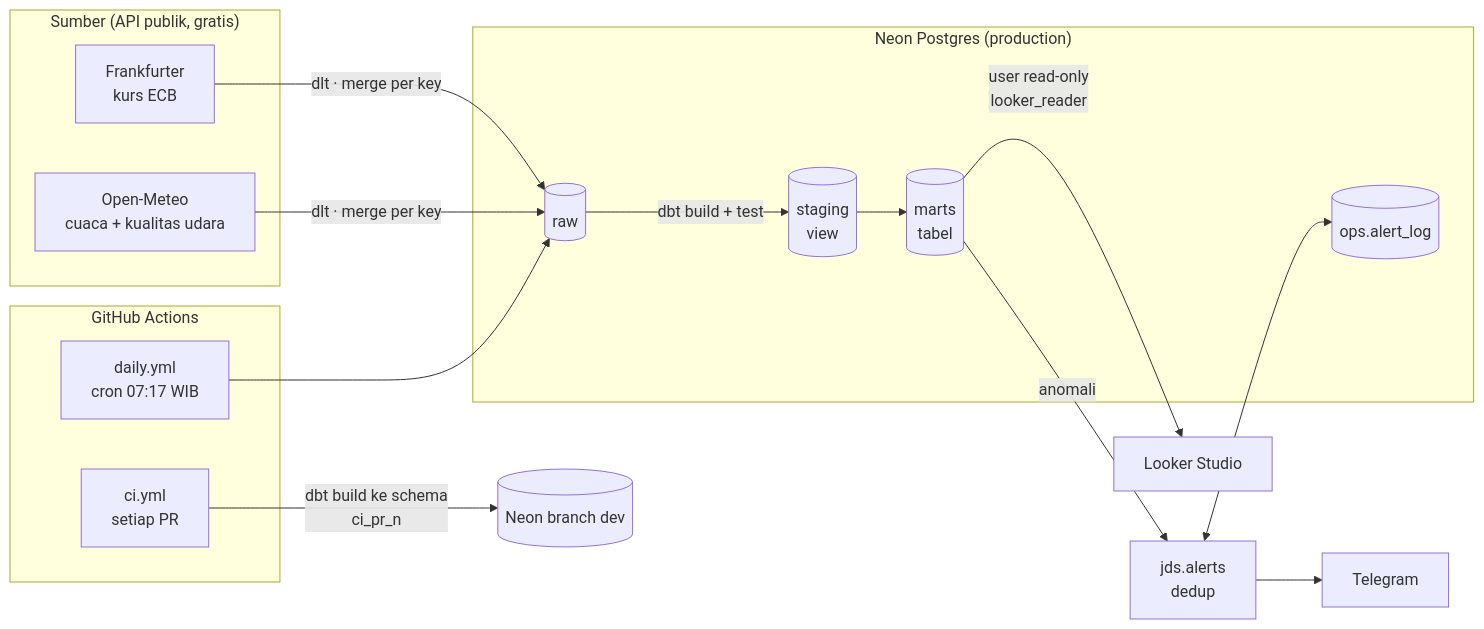
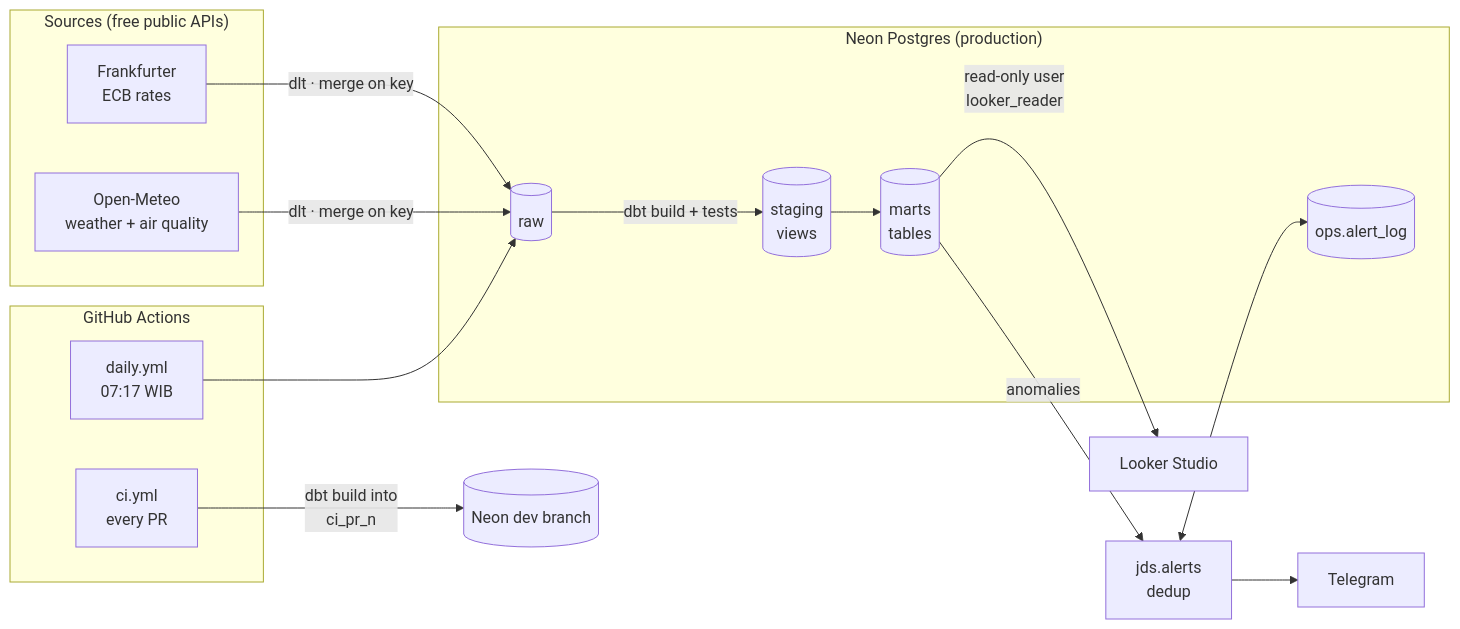
Before and after one commit to Tedyhermawanto21/jakarta-daily-signals: the diagram in README.md, drawn with Mermaid. The commit also changed other lines of this file and 56 other files, not shown here.

````diff
--- a/README.md
+++ b/README.md
@@ -29,27 +31,27 @@
 ```mermaid
 flowchart LR
-    subgraph Sumber["Sumber (API publik, gratis)"]
-        FX[Frankfurter<br/>kurs ECB]
-        OM[Open-Meteo<br/>cuaca + kualitas udara]
+    subgraph Sources["Sources (free public APIs)"]
+        FX[Frankfurter<br/>ECB rates]
+        OM[Open-Meteo<br/>weather + air quality]
     end
 
     subgraph GHA["GitHub Actions"]
-        CRON[daily.yml<br/>cron 07:17 WIB]
-        CI[ci.yml<br/>setiap PR]
+        CRON[daily.yml<br/>07:17 WIB]
+        CI[ci.yml<br/>every PR]
     end
 
     subgraph Neon["Neon Postgres (production)"]
         RAW[(raw)]
-        STG[(staging<br/>view)]
-        MART[(marts<br/>tabel)]
+        STG[(staging<br/>views)]
+        MART[(marts<br/>tables)]
         OPS[(ops.alert_log)]
     end
 
-    FX & OM -->|dlt · merge per key| RAW
+    FX & OM -->|dlt · merge on key| RAW
     CRON --> RAW
-    RAW -->|dbt build + test| STG --> MART
-    MART -->|anomali| ALERT[jds.alerts<br/>dedup] --> TG[Telegram]
+    RAW -->|dbt build + tests| STG --> MART
+    MART -->|anomalies| ALERT[jds.alerts<br/>dedup] --> TG[Telegram]
     ALERT <--> OPS
-    MART -->|user read-only<br/>looker_reader| LS[Looker Studio]
-    CI -->|dbt build ke schema<br/>ci_pr_n| DEV[(Neon branch dev)]
+    MART -->|read-only user<br/>looker_reader| LS[Looker Studio]
+    CI -->|dbt build into<br/>ci_pr_n| DEV[(Neon dev branch)]
 ```
````
